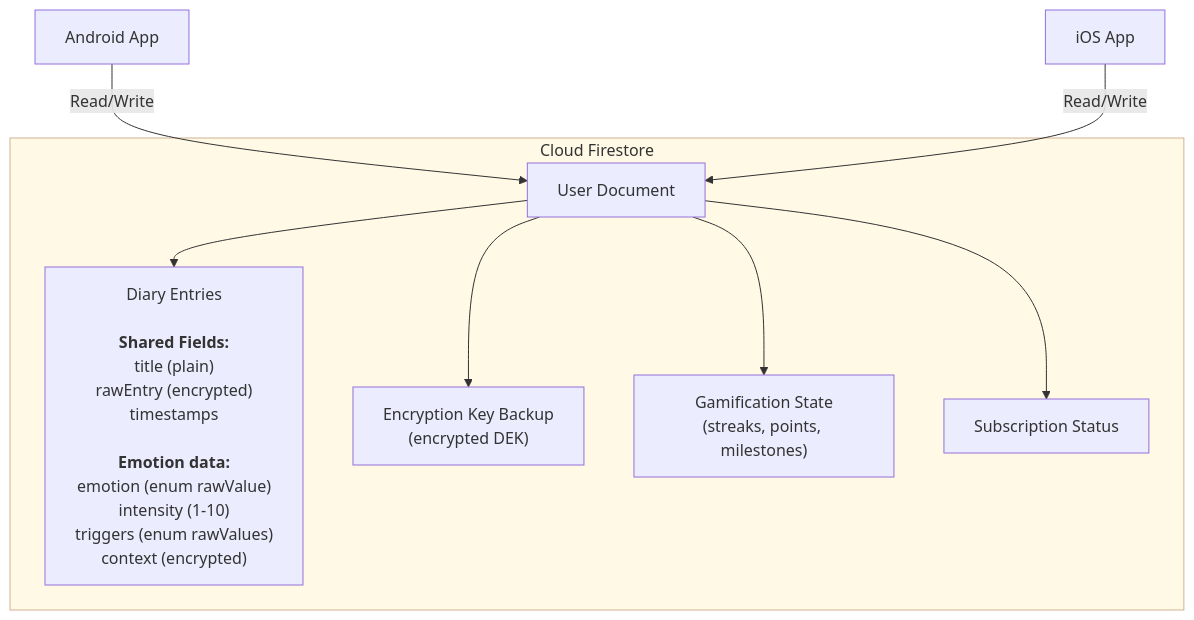
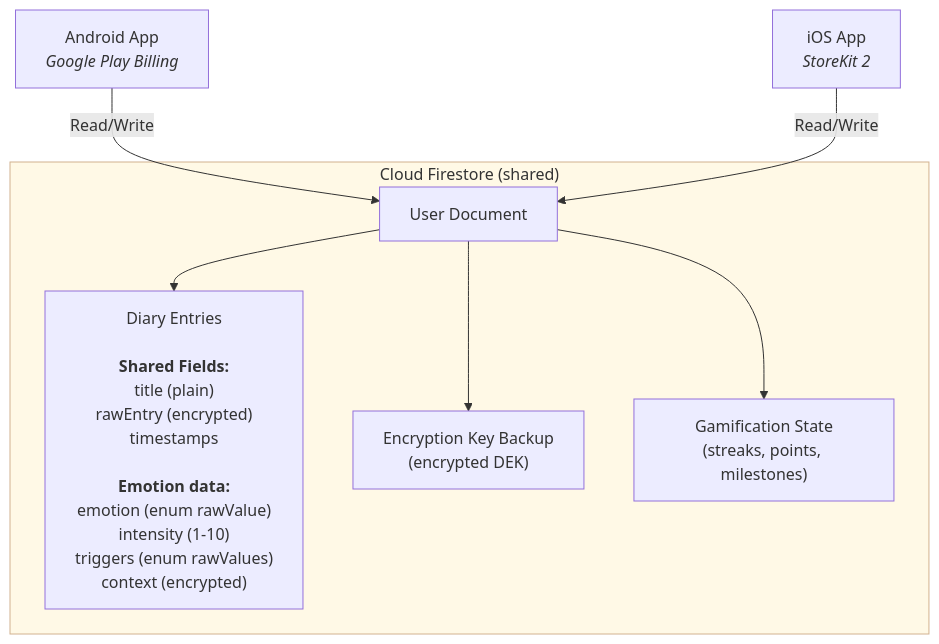
One commit to jaimelxpez/portfolio changed diagram 12 of 13 in content/projects/daymood.md. Above: the diagram before and after it, drawn with Mermaid. The commit also changed 43 other files, not shown here.

````diff
--- a/content/projects/daymood.md
+++ b/content/projects/daymood.md
@@ -1303,20 +1303,18 @@
 ```mermaid
 graph TD
-    subgraph Firestore["Cloud Firestore"]
+    subgraph Firestore["Cloud Firestore (shared)"]
         Users["User Document"]
         Entries["Diary Entries<br/><br/><b>Shared Fields:</b><br/>title (plain)<br/>rawEntry (encrypted)<br/>timestamps<br/><br/><b>Emotion data:</b><br/>emotion (enum rawValue)<br/>intensity (1-10)<br/>triggers (enum rawValues)<br/>context (encrypted)"]
         Crypto["Encryption Key Backup<br/>(encrypted DEK)"]
         Streak["Gamification State<br/>(streaks, points, milestones)"]
-        Sub["Subscription Status"]
     end
 
     Users --> Entries
     Users --> Crypto
     Users --> Streak
-    Users --> Sub
 
-    A["Android App"] -->|"Read/Write"| Users
-    I["iOS App"] -->|"Read/Write"| Users
+    A["Android App<br/><i>Google Play Billing</i>"] -->|"Read/Write"| Users
+    I["iOS App<br/><i>StoreKit 2</i>"] -->|"Read/Write"| Users
 
     style Firestore fill:#FFF9E6,stroke:#D2B28F
 ```
````
